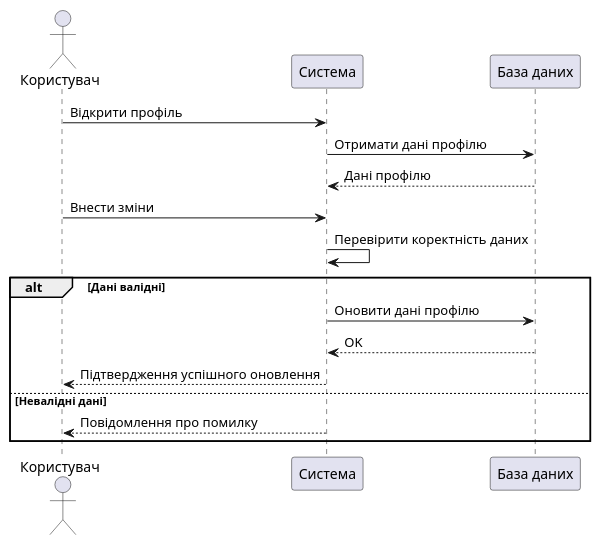
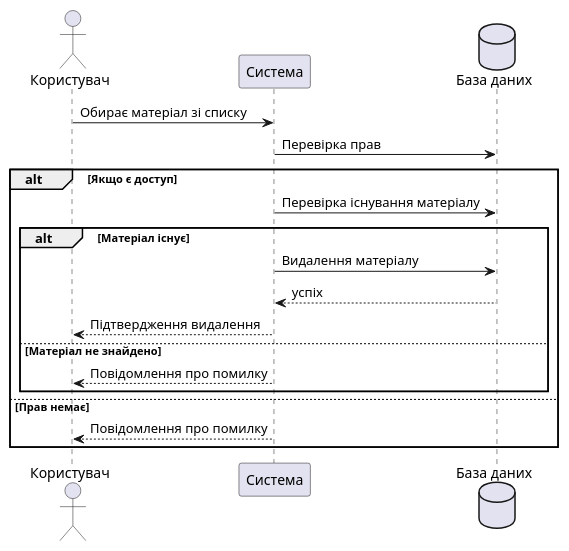
One commit to qweitqx/BD-lab66 changed diagram 13 of 13 in docs/use cases/README.md. Above: the diagram before and after it, drawn with PlantUML. The commit also changed other lines of this file, not shown here.

```diff
--- a/docs/use cases/README.md
+++ b/docs/use cases/README.md
@@ -565,18 +515,20 @@
 @startuml
-actor Користувач
+actor "Користувач" as User
 participant "Система" as System
-participant "База даних" as DB
+database "База даних" as DB
 
-Користувач -> System : Відкрити профіль
-System -> DB : Отримати дані профілю
-DB --> System : Дані профілю
-Користувач -> System : Внести зміни
-System -> System : Перевірити коректність даних
-alt Дані валідні
-    System -> DB : Оновити дані профілю
-    DB --> System : OK
-    System --> Користувач : Підтвердження успішного оновлення
-else Невалідні дані
-    System --> Користувач : Повідомлення про помилку
+User -> System : Обирає матеріал зі списку
+System -> DB : Перевірка прав
+alt Якщо є доступ
+    System -> DB : Перевірка існування матеріалу
+    alt Матеріал існує
+        System -> DB : Видалення матеріалу
+        DB --> System : успіх
+        System --> User : Підтвердження видалення
+    else Матеріал не знайдено
+        System --> User : Повідомлення про помилку
+    end
+else Прав немає
+    System --> User : Повідомлення про помилку
 end
 @enduml
```
